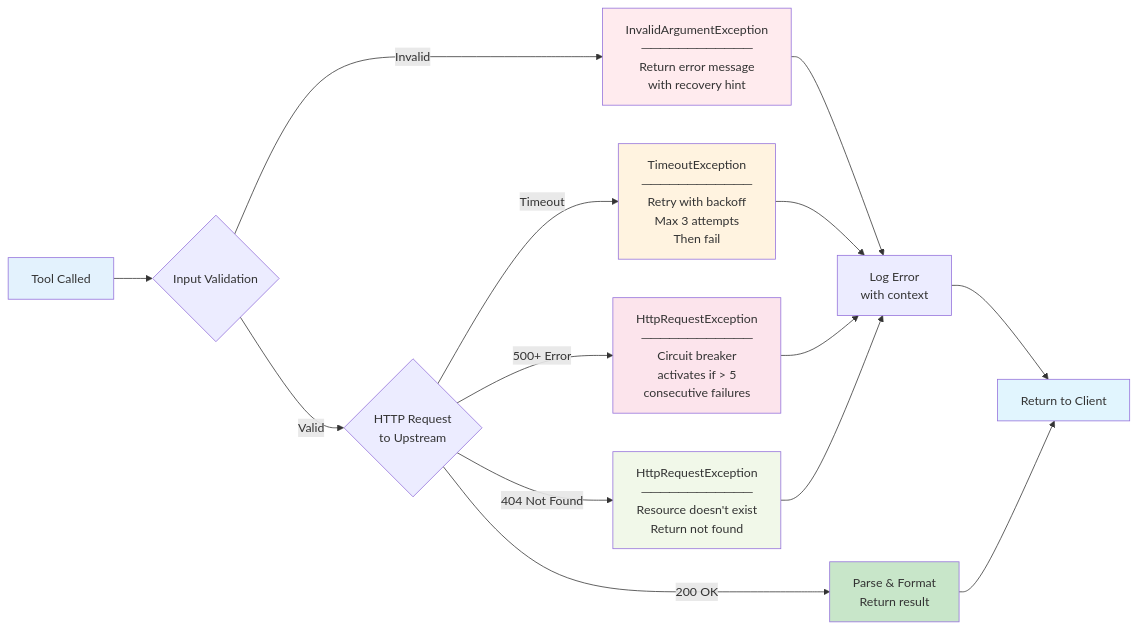
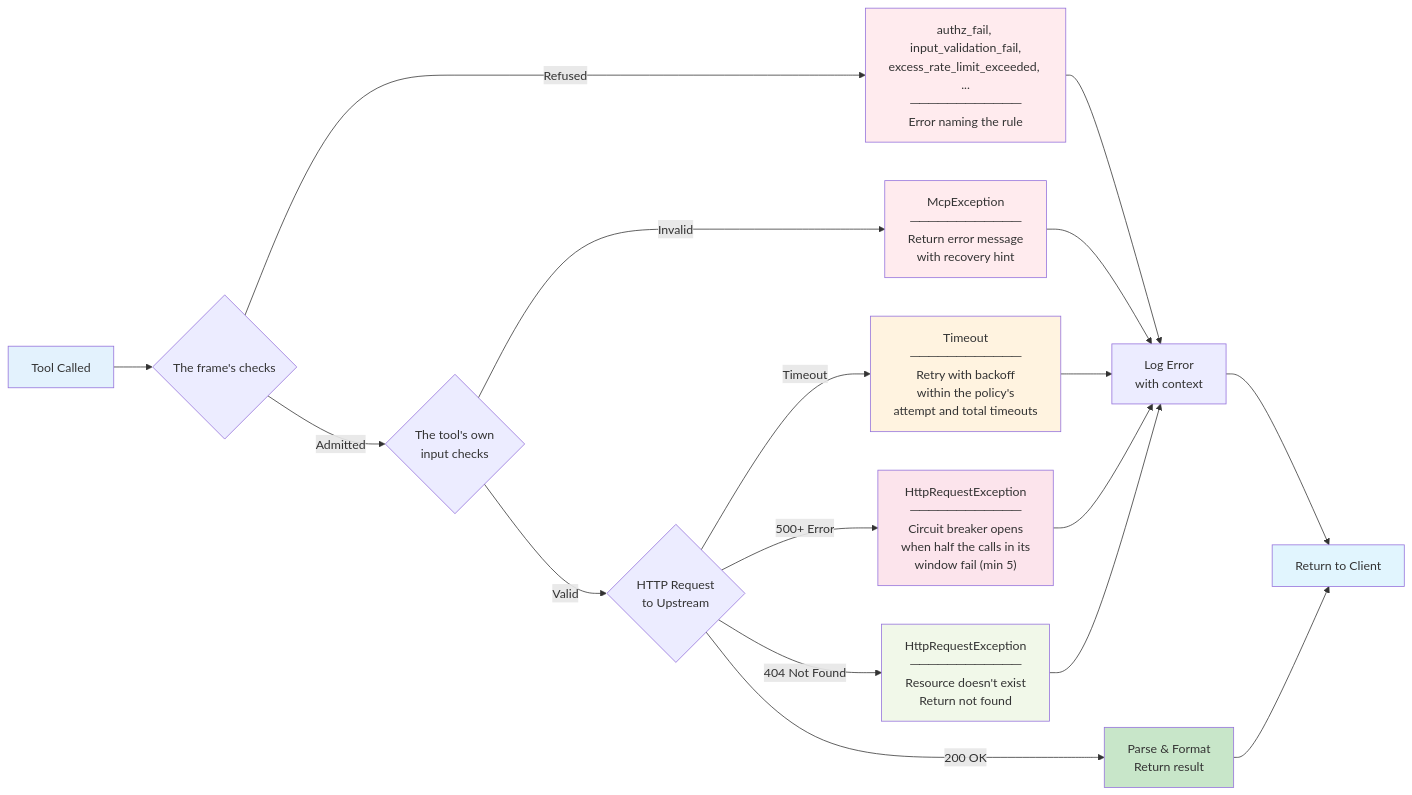
The eighth of 10 diagrams in docs/02-ARCHITECTURE-FLOWCHARTS.md (oskarc/MCPExtensibleTemplate), drawn with Mermaid before and after one commit. The commit also changed other lines of this file and 24 other files, not shown here.

````diff
--- a/docs/02-ARCHITECTURE-FLOWCHARTS.md
+++ b/docs/02-ARCHITECTURE-FLOWCHARTS.md
@@ -306,31 +314,37 @@
 ```mermaid
 graph LR
-    Start["Tool Called"] --> Input{Input Validation}
-    
-    Input -->|Invalid| E1["InvalidArgumentException<br/>────────────<br/>Return error message<br/>with recovery hint"]
-    
+    Start["Tool Called"] --> Frame{"The frame's checks"}
+
+    Frame -->|Refused| E0["authz_fail, input_validation_fail,<br/>excess_rate_limit_exceeded, ...<br/>────────────<br/>Error naming the rule"]
+
+    Frame -->|Admitted| Input{"The tool's own<br/>input checks"}
+
+    Input -->|Invalid| E1["McpException<br/>────────────<br/>Return error message<br/>with recovery hint"]
+
     Input -->|Valid| ApiCall{"HTTP Request<br/>to Upstream"}
-    
-    ApiCall -->|Timeout| E2["TimeoutException<br/>────────────<br/>Retry with backoff<br/>Max 3 attempts<br/>Then fail"]
-    
-    ApiCall -->|500+ Error| E3["HttpRequestException<br/>────────────<br/>Circuit breaker<br/>activates if > 5<br/>consecutive failures"]
-    
+
+    ApiCall -->|Timeout| E2["Timeout<br/>────────────<br/>Retry with backoff<br/>within the policy's<br/>attempt and total timeouts"]
+
+    ApiCall -->|500+ Error| E3["HttpRequestException<br/>────────────<br/>Circuit breaker opens<br/>when half the calls in its<br/>window fail (min 5)"]
+
     ApiCall -->|404 Not Found| E4["HttpRequestException<br/>────────────<br/>Resource doesn't exist<br/>Return not found"]
-    
+
     ApiCall -->|200 OK| Success["Parse & Format<br/>Return result"]
-    
-    E1 --> LogError["Log Error<br/>with context"]
+
+    E0 --> LogError["Log Error<br/>with context"]
+    E1 --> LogError
     E2 --> LogError
     E3 --> LogError
     E4 --> LogError
     LogError --> Return["Return to Client"]
     Success --> Return
 
     style Start fill:#e3f2fd
+    style E0 fill:#ffebee
     style E1 fill:#ffebee
     style E2 fill:#fff3e0
     style E3 fill:#fce4ec
     style E4 fill:#f1f8e9
     style Success fill:#c8e6c9
     style Return fill:#e1f5fe
 ```
````
